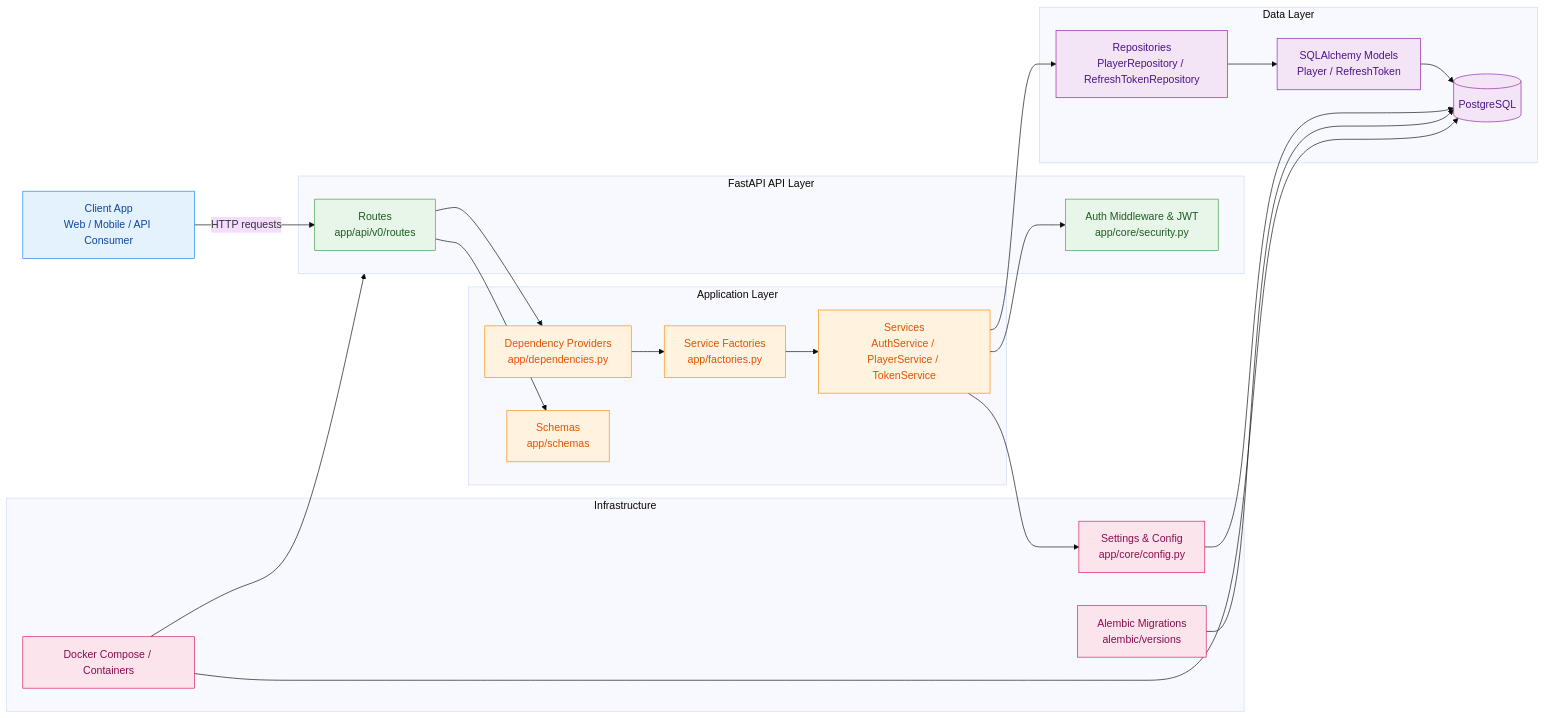
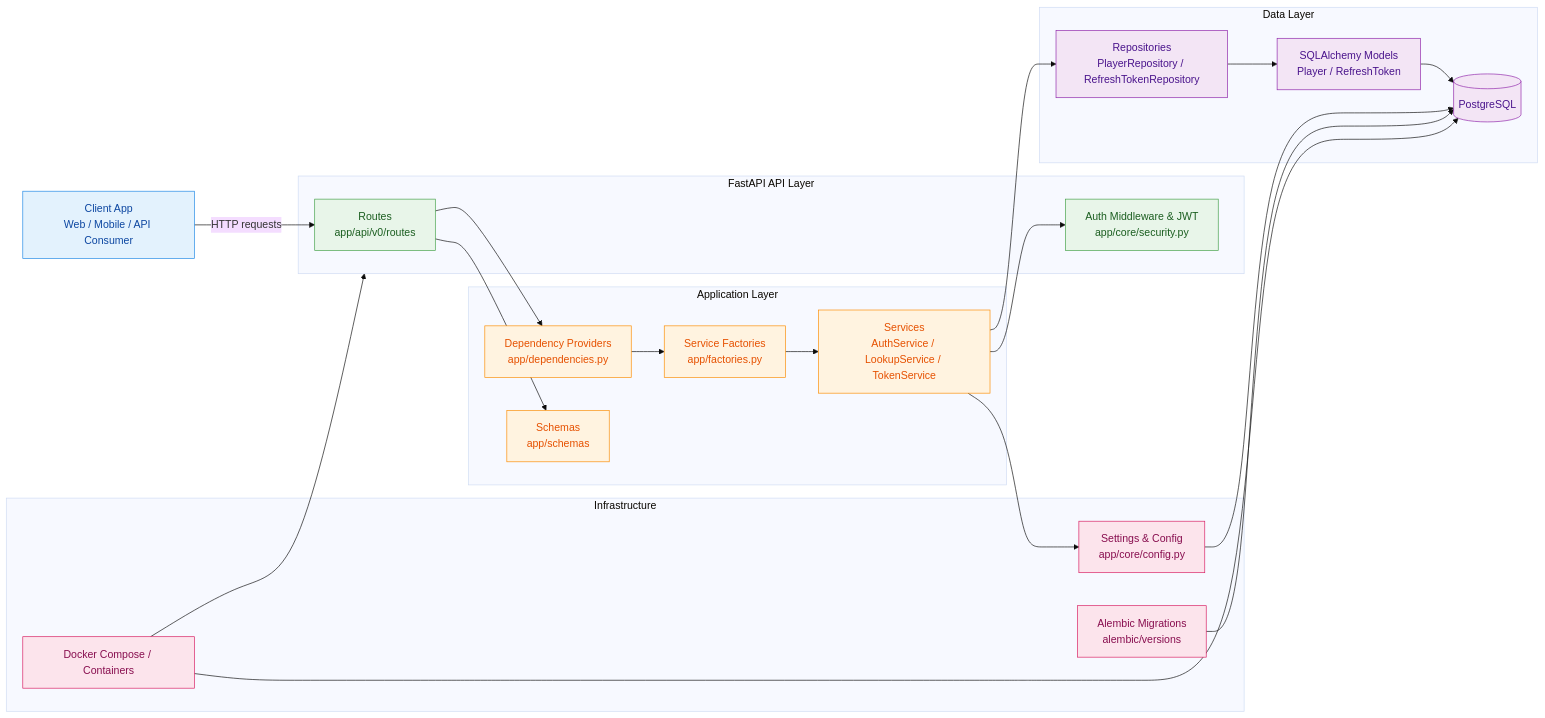
Before and after one commit to acortescab/coika-auth-service: the diagram in docs/architecture.md, drawn with Mermaid (base theme). The commit also changed 16 other files, not shown here.

First line of the commit message:
feat: Introduce LookupService for player data retrieval

````diff
--- a/docs/architecture.md
+++ b/docs/architecture.md
@@ -3,57 +3,57 @@
 ```mermaid
 flowchart LR
     Client[Client App\nWeb / Mobile / API Consumer]
 
     subgraph API[FastAPI API Layer]
         Router[Routes\napp/api/v0/routes]
         Security[Auth Middleware & JWT\napp/core/security.py]
     end
 
     subgraph App[Application Layer]
         Dependencies[Dependency Providers\napp/dependencies.py]
         Factories[Service Factories\napp/factories.py]
-        Services[Services\nAuthService / PlayerService / TokenService]
+        Services[Services\nAuthService / LookupService / TokenService]
         Schemas[Schemas\napp/schemas]
     end
 
     subgraph Data[Data Layer]
         Repositories[Repositories\nPlayerRepository / RefreshTokenRepository]
         Models[SQLAlchemy Models\nPlayer / RefreshToken]
         DB[(PostgreSQL)]
     end
 
     subgraph Infra[Infrastructure]
         Config[Settings & Config\napp/core/config.py]
         Migrations[Alembic Migrations\nalembic/versions]
         Docker[Docker Compose / Containers]
     end
 
     Client -->|HTTP requests| Router
     Router --> Dependencies
     Dependencies --> Factories
     Factories --> Services
     Services --> Repositories
     Services --> Security
     Repositories --> Models
     Models --> DB
 
     Router --> Schemas
     Services --> Config
     Config --> DB
 
     Migrations --> DB
     Docker --> API
     Docker --> DB
 
     classDef client fill:#E3F2FD,stroke:#1E88E5,color:#0D47A1;
     classDef api fill:#E8F5E9,stroke:#43A047,color:#1B5E20;
     classDef app fill:#FFF3E0,stroke:#FB8C00,color:#E65100;
     classDef data fill:#F3E5F5,stroke:#8E24AA,color:#4A148C;
     classDef infra fill:#FCE4EC,stroke:#D81B60,color:#880E4F;
 
     class Client client;
     class Router,Security api;
     class Dependencies,Factories,Services,Schemas app;
     class Repositories,Models,DB data;
     class Config,Migrations,Docker infra;
 ```
````
